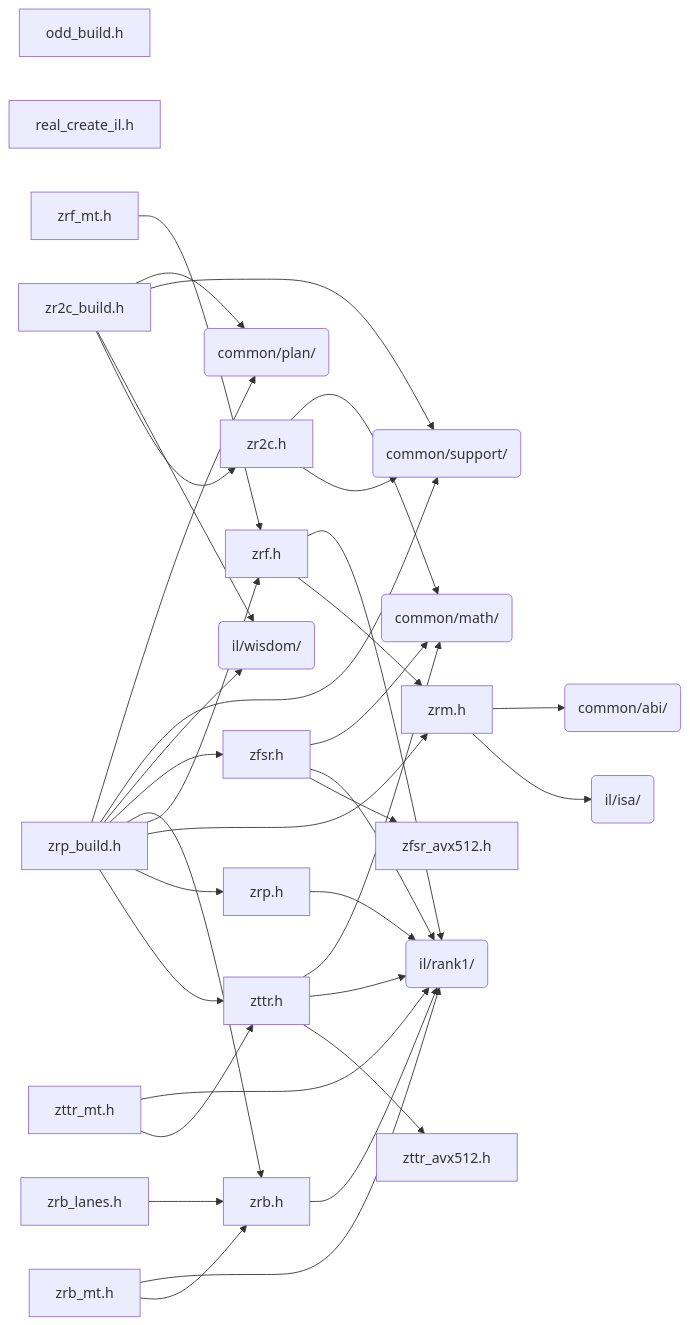
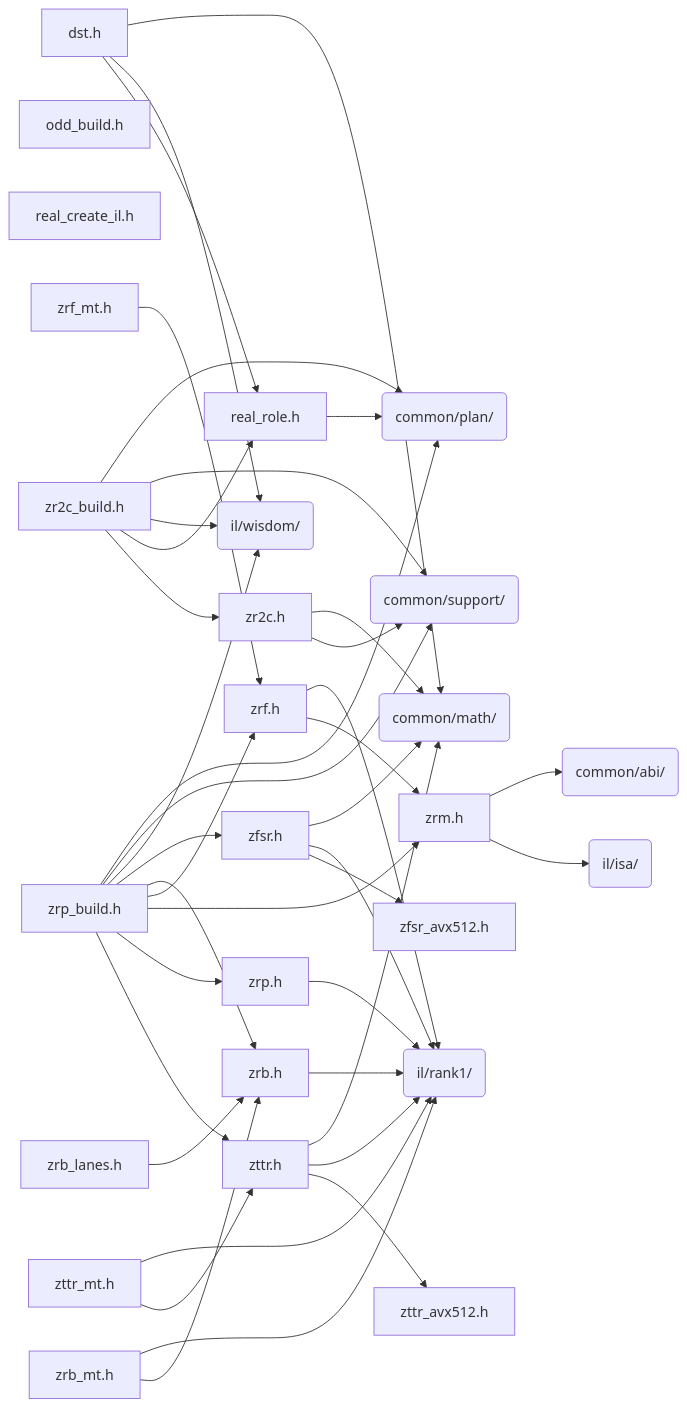
One commit to Tugbars/VectorFFT changed the diagram in docs/architecture/generated/folders/il__real.md. Above: the diagram before and after it, drawn with Mermaid. The commit also changed other lines of this file and 14 other files, not shown here.

First line of the commit message:
Architecture pages regenerated for il/real/dst.h and real_role.h

````diff
--- a/docs/architecture/generated/folders/il__real.md
+++ b/docs/architecture/generated/folders/il__real.md
@@ -26,60 +28,67 @@
 ```mermaid
 flowchart LR
+    n_il_real_dst_h["dst.h"]
     n_il_real_odd_build_h["odd_build.h"]
     n_il_real_real_create_il_h["real_create_il.h"]
+    n_il_real_real_role_h["real_role.h"]
     n_il_real_zfsr_h["zfsr.h"]
     n_il_real_zfsr_avx512_h["zfsr_avx512.h"]
     n_il_real_zr2c_h["zr2c.h"]
     n_il_real_zr2c_build_h["zr2c_build.h"]
     n_il_real_zrb_h["zrb.h"]
     n_il_real_zrb_lanes_h["zrb_lanes.h"]
     n_il_real_zrb_mt_h["zrb_mt.h"]
     n_il_real_zrf_h["zrf.h"]
     n_il_real_zrf_mt_h["zrf_mt.h"]
     n_il_real_zrm_h["zrm.h"]
     n_il_real_zrp_h["zrp.h"]
     n_il_real_zrp_build_h["zrp_build.h"]
     n_il_real_zttr_h["zttr.h"]
     n_il_real_zttr_avx512_h["zttr_avx512.h"]
     n_il_real_zttr_mt_h["zttr_mt.h"]
     n_dir_common_abi("common/abi/")
     n_dir_common_math("common/math/")
     n_dir_common_plan("common/plan/")
     n_dir_common_support("common/support/")
     n_dir_il_isa("il/isa/")
     n_dir_il_rank1("il/rank1/")
     n_dir_il_wisdom("il/wisdom/")
+    n_il_real_dst_h --> n_dir_common_math
+    n_il_real_dst_h --> n_dir_il_wisdom
+    n_il_real_dst_h --> n_il_real_real_role_h
+    n_il_real_real_role_h --> n_dir_common_plan
     n_il_real_zfsr_h --> n_dir_common_math
     n_il_real_zfsr_h --> n_dir_il_rank1
     n_il_real_zfsr_h --> n_il_real_zfsr_avx512_h
     n_il_real_zr2c_build_h --> n_dir_common_plan
     n_il_real_zr2c_build_h --> n_dir_common_support
     n_il_real_zr2c_build_h --> n_dir_il_wisdom
+    n_il_real_zr2c_build_h --> n_il_real_real_role_h
     n_il_real_zr2c_build_h --> n_il_real_zr2c_h
     n_il_real_zr2c_h --> n_dir_common_math
     n_il_real_zr2c_h --> n_dir_common_support
     n_il_real_zrb_h --> n_dir_il_rank1
     n_il_real_zrb_lanes_h --> n_il_real_zrb_h
     n_il_real_zrb_mt_h --> n_dir_il_rank1
     n_il_real_zrb_mt_h --> n_il_real_zrb_h
     n_il_real_zrf_h --> n_dir_il_rank1
     n_il_real_zrf_h --> n_il_real_zrm_h
     n_il_real_zrf_mt_h --> n_il_real_zrf_h
     n_il_real_zrm_h --> n_dir_common_abi
     n_il_real_zrm_h --> n_dir_il_isa
     n_il_real_zrp_build_h --> n_dir_common_plan
     n_il_real_zrp_build_h --> n_dir_common_support
     n_il_real_zrp_build_h --> n_dir_il_wisdom
     n_il_real_zrp_build_h --> n_il_real_zfsr_h
     n_il_real_zrp_build_h --> n_il_real_zrb_h
     n_il_real_zrp_build_h --> n_il_real_zrf_h
     n_il_real_zrp_build_h --> n_il_real_zrm_h
     n_il_real_zrp_build_h --> n_il_real_zrp_h
     n_il_real_zrp_build_h --> n_il_real_zttr_h
     n_il_real_zrp_h --> n_dir_il_rank1
     n_il_real_zttr_h --> n_dir_common_math
     n_il_real_zttr_h --> n_dir_il_rank1
     n_il_real_zttr_h --> n_il_real_zttr_avx512_h
     n_il_real_zttr_mt_h --> n_dir_il_rank1
     n_il_real_zttr_mt_h --> n_il_real_zttr_h
 ```
````
